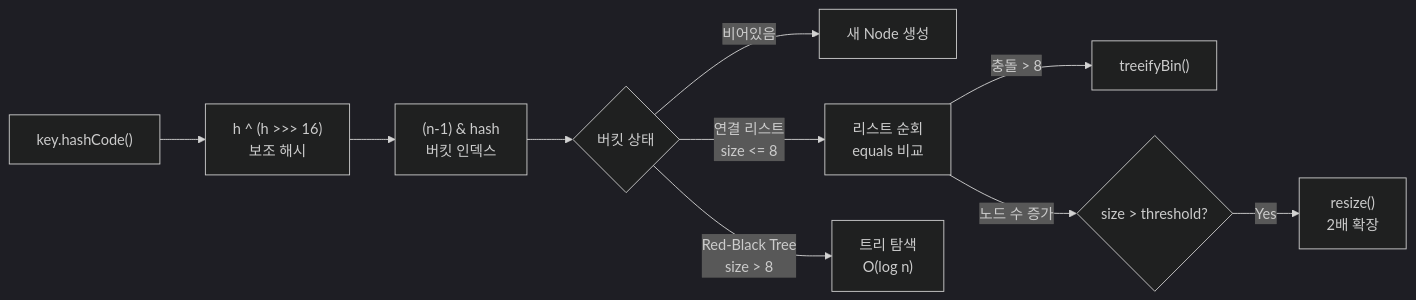
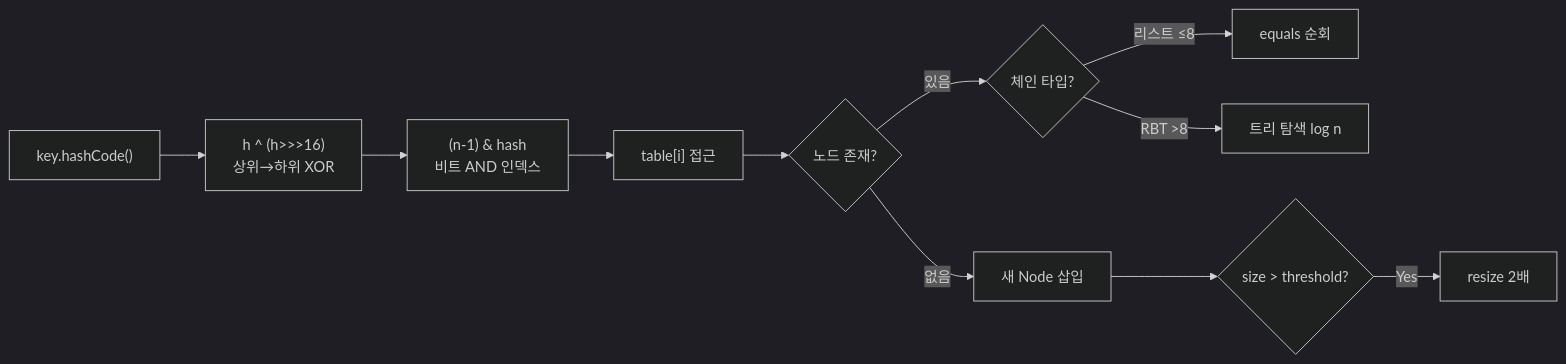
One commit to yjkim2015/yjkim2015.github.io changed the fifth of 5 diagrams in _posts/java/2026-05-12-java-hashmap-deep-dive.md. Above: the diagram before and after it, drawn with Mermaid (dark theme). The commit also changed other lines of this file and 4 other files, not shown here.

````diff
--- a/_posts/java/2026-05-12-java-hashmap-deep-dive.md
+++ b/_posts/java/2026-05-12-java-hashmap-deep-dive.md
@@ -774,12 +1426,13 @@
 ```mermaid
 graph LR
-    A["key.hashCode()"] --> B["h ^ (h >>> 16)<br/>보조 해시"]
-    B --> C["(n-1) & hash<br/>버킷 인덱스"]
-    C --> D{"버킷 상태"}
-    D -->|"비어있음"| E["새 Node 생성"]
-    D -->|"연결 리스트<br/>size <= 8"| F["리스트 순회<br/>equals 비교"]
-    D -->|"Red-Black Tree<br/>size > 8"| G["트리 탐색<br/>O(log n)"]
-    F -->|"충돌 > 8"| H["treeifyBin()"]
-    F -->|"노드 수 증가"| I{"size > threshold?"}
-    I -->|"Yes"| J["resize()<br/>2배 확장"]
+    A["key.hashCode()"] --> B["h ^ (h>>>16)<br/>상위→하위 XOR"]
+    B --> C["(n-1) & hash<br/>비트 AND 인덱스"]
+    C --> D["table[i] 접근"]
+    D --> E{"노드 존재?"}
+    E -->|"없음"| F["새 Node 삽입"]
+    E -->|"있음"| G{"체인 타입?"}
+    G -->|"리스트 ≤8"| H["equals 순회"]
+    G -->|"RBT >8"| I["트리 탐색 log n"]
+    F --> J{"size > threshold?"}
+    J -->|"Yes"| K["resize 2배"]
 ```
````
